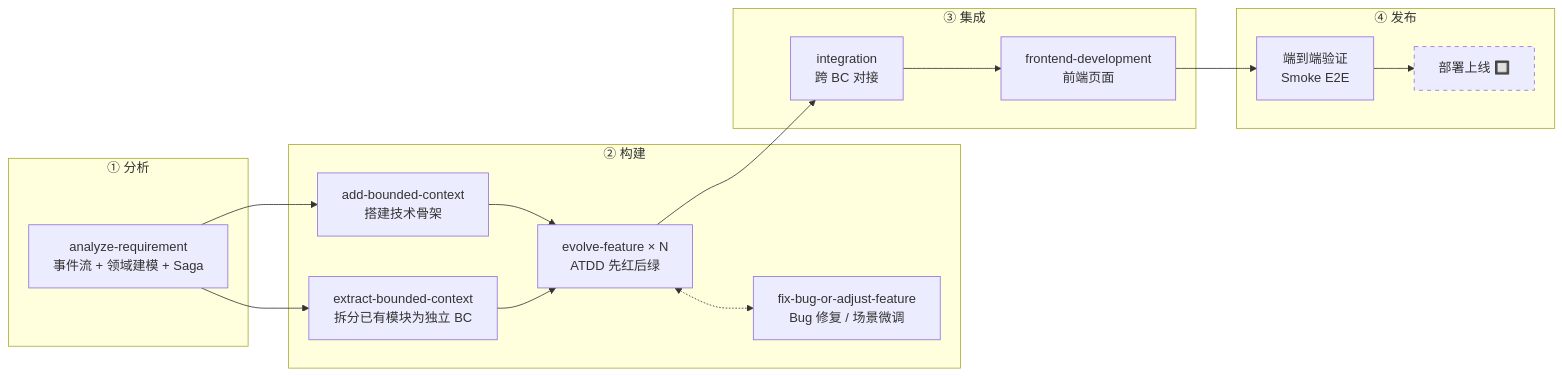
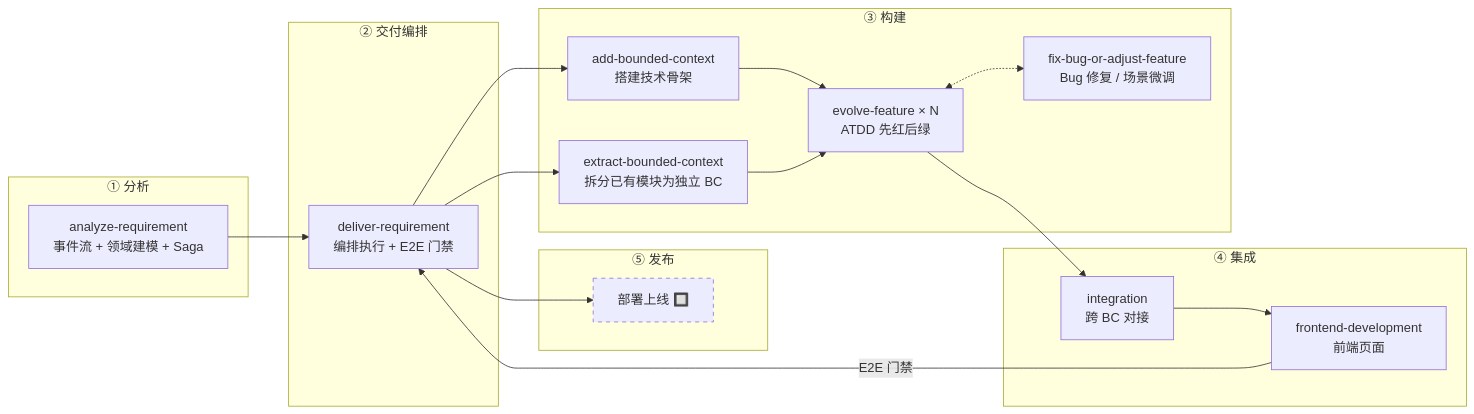
Before and after one commit to mianhe/HMall: the second of 2 diagrams in .cursor/skills/README.md, drawn with Mermaid. The commit also changed other lines of this file and 5 other files, not shown here.

First line of the commit message:
feat(skills): add deliver-requirement skill to close delivery verification gap

````diff
--- a/.cursor/skills/README.md
+++ b/.cursor/skills/README.md
@@ -77,35 +82,39 @@
 ```mermaid
 flowchart LR
     subgraph 分析["① 分析"]
         AR[analyze-requirement<br/>事件流 + 领域建模 + Saga]
     end
 
-    subgraph 构建["② 构建"]
+    subgraph 交付["② 交付编排"]
+        DR[deliver-requirement<br/>编排执行 + E2E 门禁]
+    end
+
+    subgraph 构建["③ 构建"]
         ABC[add-bounded-context<br/>搭建技术骨架]
         XBC[extract-bounded-context<br/>拆分已有模块为独立 BC]
         EF[evolve-feature × N<br/>ATDD 先红后绿]
         FIX[fix-bug-or-adjust-feature<br/>Bug 修复 / 场景微调]
         ABC --> EF
         XBC --> EF
         EF <-.-> FIX
     end
 
-    subgraph 集成["③ 集成"]
+    subgraph 集成["④ 集成"]
         INT[integration<br/>跨 BC 对接]
         FE[frontend-development<br/>前端页面]
         INT --> FE
     end
 
-    subgraph 发布["④ 发布"]
-        E2E[端到端验证<br/>Smoke E2E]
+    subgraph 发布["⑤ 发布"]
         DEPLOY[部署上线 🔲]
-        E2E --> DEPLOY
     end
 
-    AR --> ABC
-    AR --> XBC
+    AR --> DR
+    DR --> ABC
+    DR --> XBC
     EF --> INT
-    FE --> E2E
+    FE -->|E2E 门禁| DR
+    DR --> DEPLOY
 
     style DEPLOY stroke-dasharray: 5 5
 ```
````
